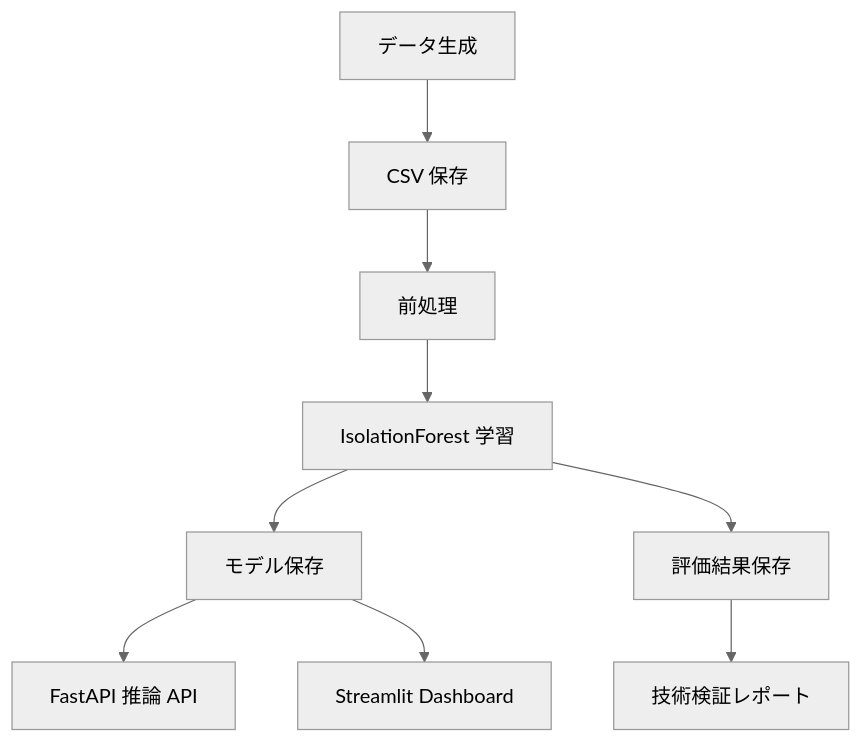
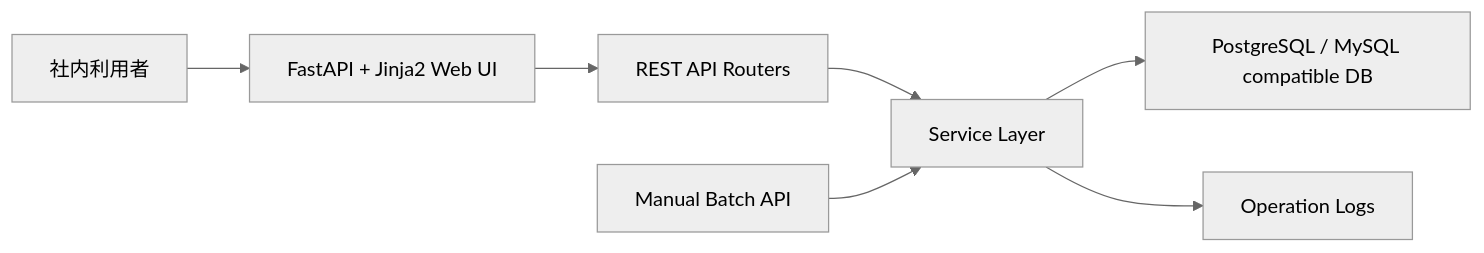
The first of 3 diagrams in docs/architecture.md (seki999/business-dashboard-93868), drawn with Mermaid (neutral theme) before and after one commit. The commit also changed other lines of this file and 93 other files, not shown here.

````diff
--- a/docs/architecture.md
+++ b/docs/architecture.md
@@ -9,11 +7,9 @@
 ```mermaid
-flowchart TD
-    A["データ生成"] --> B["CSV 保存"]
-    B --> C["前処理"]
-    C --> D["IsolationForest 学習"]
-    D --> E["モデル保存"]
-    D --> F["評価結果保存"]
-    E --> G["FastAPI 推論 API"]
-    E --> H["Streamlit Dashboard"]
-    F --> I["技術検証レポート"]
+flowchart LR
+  User["社内利用者"] --> Web["FastAPI + Jinja2 Web UI"]
+  Web --> API["REST API Routers"]
+  API --> Service["Service Layer"]
+  Service --> DB["PostgreSQL / MySQL compatible DB"]
+  Service --> Logs["Operation Logs"]
+  Batch["Manual Batch API"] --> Service
 ```
````
